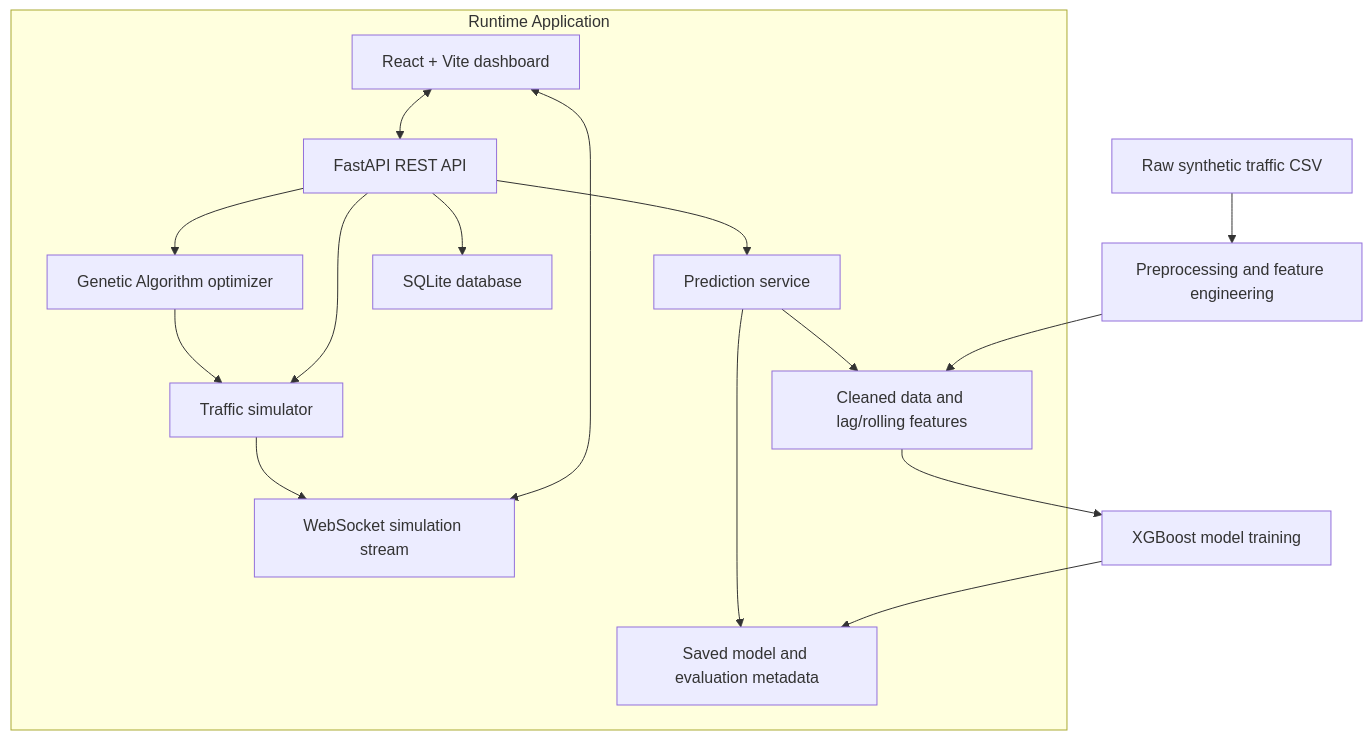
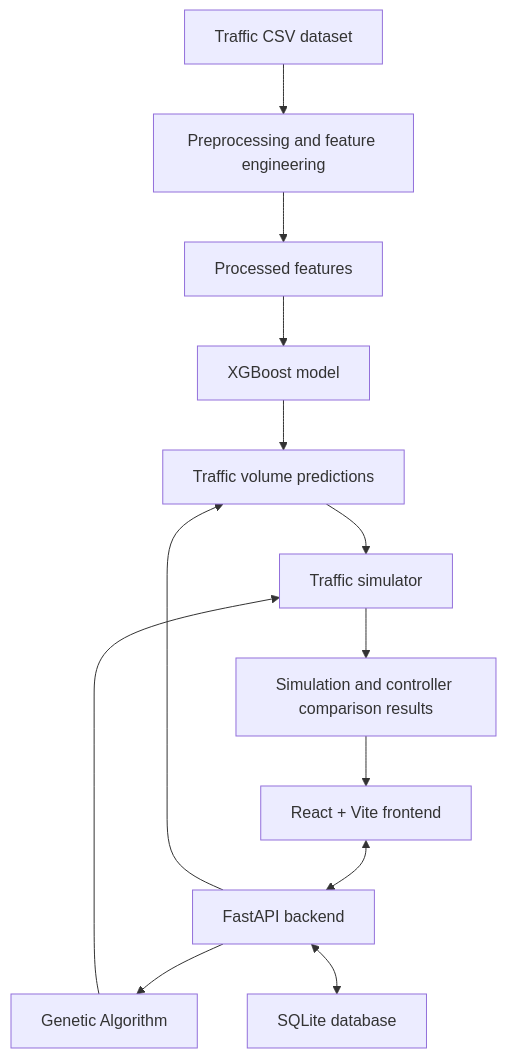
One commit to code-dev-007/AI-Based-Adaptive-Traffic-Signal-Optimization-Using-XGBoost-Prediction-and-Genetic-Algorithm changed the diagram in README.md. Above: the diagram before and after it, drawn with Mermaid. The commit also changed other lines of this file, not shown here.

````diff
--- a/README.md
+++ b/README.md
@@ -31,20 +26,16 @@
 ```mermaid
 flowchart TD
-    A[Raw synthetic traffic CSV] --> B[Preprocessing and feature engineering]
-    B --> C[Cleaned data and lag/rolling features]
-    C --> D[XGBoost model training]
-    D --> E[Saved model and evaluation metadata]
+    A[Traffic CSV dataset] --> B[Preprocessing and feature engineering]
+    B --> C[Processed features]
+    C --> D[XGBoost model]
+    D --> E[Traffic volume predictions]
 
-    subgraph Runtime Application
-      F[React + Vite dashboard] <--> G[FastAPI REST API]
-      F <--> H[WebSocket simulation stream]
-      G --> I[Prediction service]
-      G --> J[Genetic Algorithm optimizer]
-      G --> K[Traffic simulator]
-      G --> L[SQLite database]
-      I --> E
-      I --> C
-      J --> K
-      K --> H
-    end
+    F[React + Vite frontend] <--> G[FastAPI backend]
+    G --> E
+    G --> H[Genetic Algorithm]
+    H --> I[Traffic simulator]
+    E --> I
+    I --> J[Simulation and controller comparison results]
+    G <--> K[SQLite database]
+    J --> F
 ```
````
